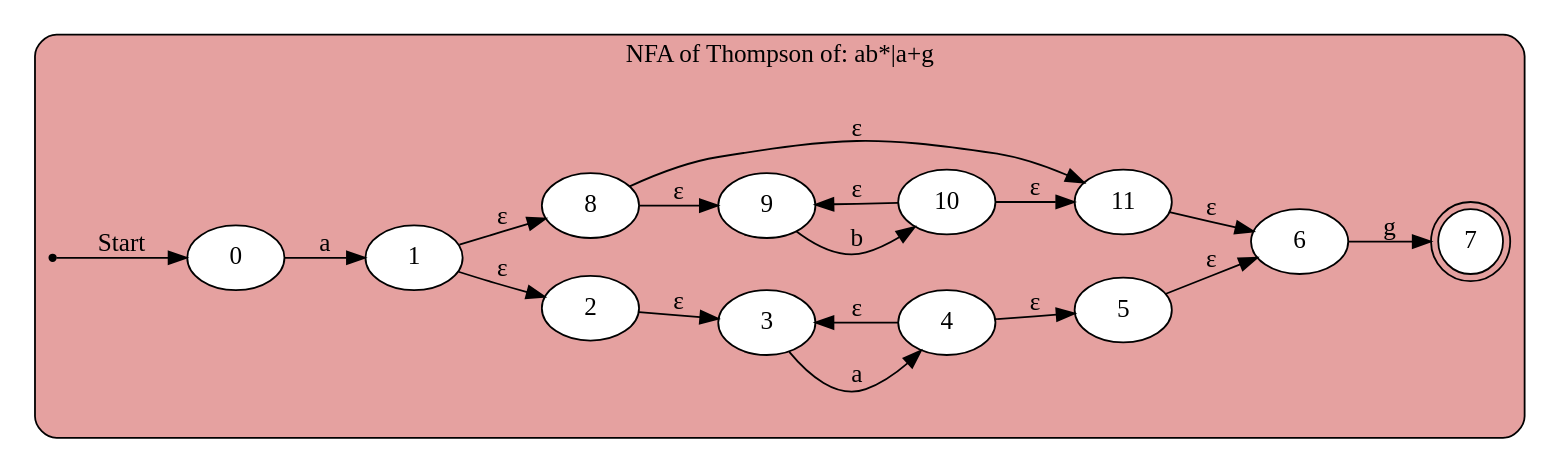
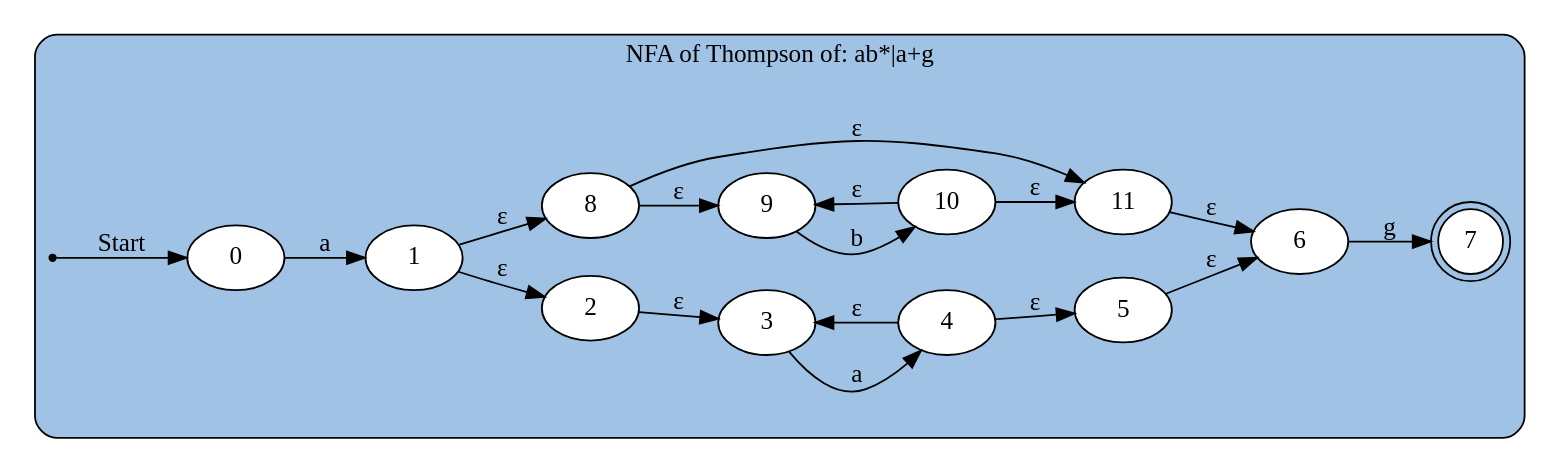
One commit to Andresrodart/Practicas changed the diagram in NFA.dot. Above: the diagram before and after it, drawn with Graphviz. The commit also changed 8 other files, not shown here.

```diff
--- a/NFA.dot
+++ b/NFA.dot
@@ -1,28 +1,28 @@
 digraph finite_state_machine{
     rankdir=LR;
     subgraph cluster{
         style = "rounded,filled";
         color = "#000000";
-        fillcolor = "0.002 0.3 0.9";
+        fillcolor = "0.583 0.3 0.9";
         node [shape = point ] qi;
         node [style = "rounded,filled", color = "#000000", fillcolor = white, shape = doublecircle] 7;
         node [style = "rounded,filled", color = "#000000", fillcolor = white, shape="oval"];
         qi -> 0 [ label = "Start" ];
 	0 -> 1 [ label = "a" ];
 	1 -> 2 [ label = "&epsilon;" ];
 	1 -> 8 [ label = "&epsilon;" ];
 	2 -> 3 [ label = "&epsilon;" ];
 	3 -> 4 [ label = "a" ];
 	4 -> 5 [ label = "&epsilon;" ];
 	4 -> 3 [ label = "&epsilon;" ];
 	5 -> 6 [ label = "&epsilon;" ];
 	6 -> 7 [ label = "g" ];
 	8 -> 9 [ label = "&epsilon;" ];
 	8 -> 11 [ label = "&epsilon;" ];
 	9 -> 10 [ label = "b" ];
 	10 -> 11 [ label = "&epsilon;" ];
 	10 -> 9 [ label = "&epsilon;" ];
 	11 -> 6 [ label = "&epsilon;" ];
 	label = "NFA of Thompson of: ab*|a+g";
     }
 }
```
